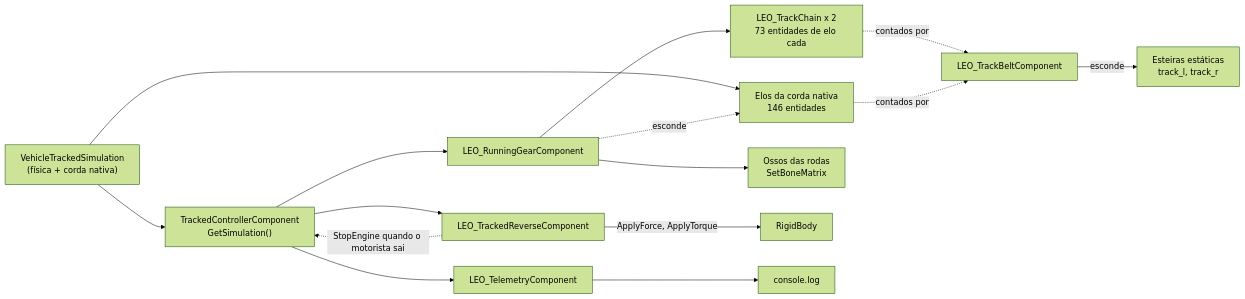
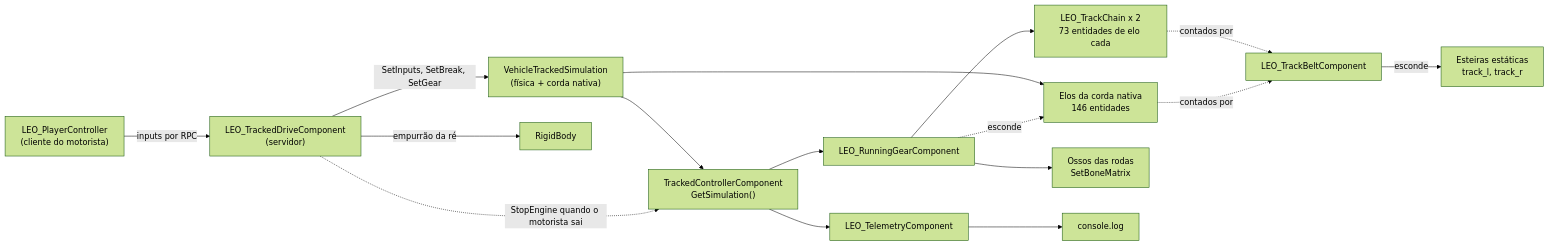
Before and after one commit to Kiichiuwu/arma-reforger-tracked-vehicle-guide: the diagram in docs/pt-BR/11-scripts.md, drawn with Mermaid (forest theme). The commit also changed other lines of this file and 31 other files, not shown here.

````diff
--- a/docs/pt-BR/11-scripts.md
+++ b/docs/pt-BR/11-scripts.md
@@ -22,29 +24,31 @@
 ```mermaid
 flowchart LR
     SIM["VehicleTrackedSimulation<br/>(física + corda nativa)"]
     CTRL["TrackedControllerComponent<br/>GetSimulation()"]
     GEAR["LEO_RunningGearComponent"]
     CHAIN["LEO_TrackChain x 2<br/>73 entidades de elo cada"]
     NATIVE["Elos da corda nativa<br/>146 entidades"]
     BONES["Ossos das rodas<br/>SetBoneMatrix"]
     BELT["LEO_TrackBeltComponent"]
     STATIC["Esteiras estáticas<br/>track_l, track_r"]
-    REV["LEO_TrackedReverseComponent"]
+    REV["LEO_TrackedDriveComponent<br/>(servidor)"]
+    PC["LEO_PlayerController<br/>(cliente do motorista)"]
     BODY["RigidBody"]
     TEL["LEO_TelemetryComponent"]
     LOG["console.log"]
     SIM --> CTRL
     SIM --> NATIVE
     CTRL --> GEAR
-    CTRL --> REV
+    PC -->|inputs por RPC| REV
+    REV -->|SetInputs, SetBreak, SetGear| SIM
     CTRL --> TEL
     GEAR --> BONES
     GEAR --> CHAIN
     GEAR -.->|esconde| NATIVE
     CHAIN -.->|contados por| BELT
     NATIVE -.->|contados por| BELT
     BELT -->|esconde| STATIC
-    REV -->|ApplyForce, ApplyTorque| BODY
+    REV -->|empurrão da ré| BODY
     REV -.->|StopEngine quando o motorista sai| CTRL
     TEL --> LOG
 ```
````
